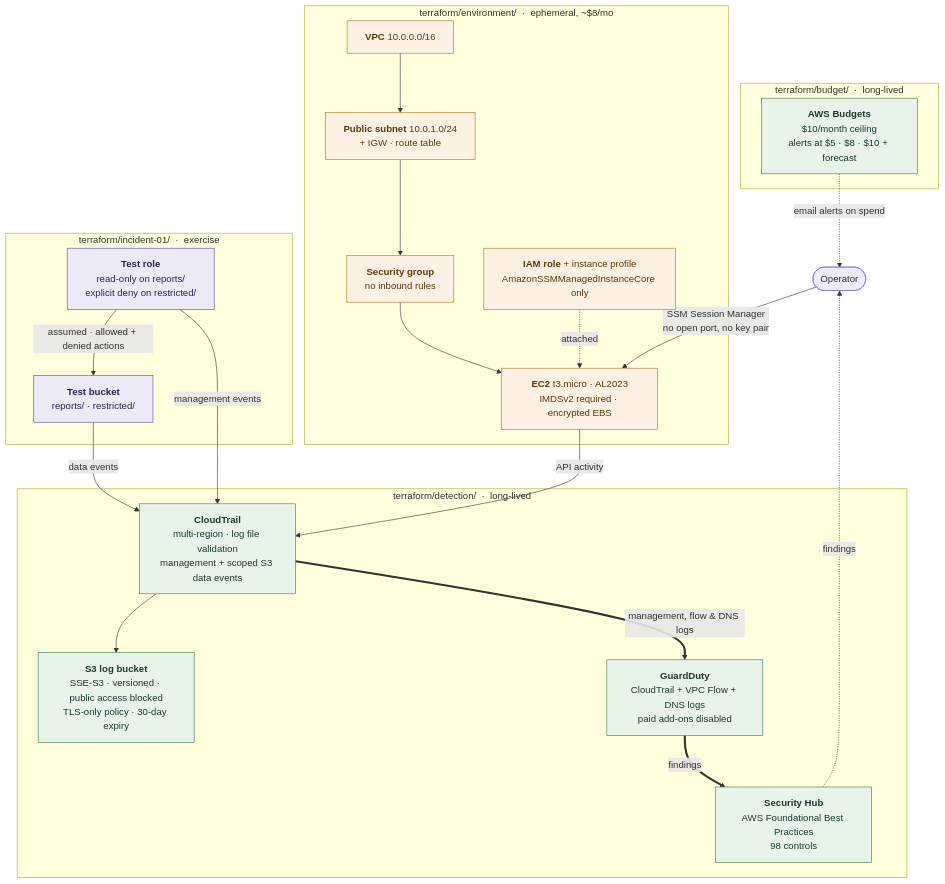
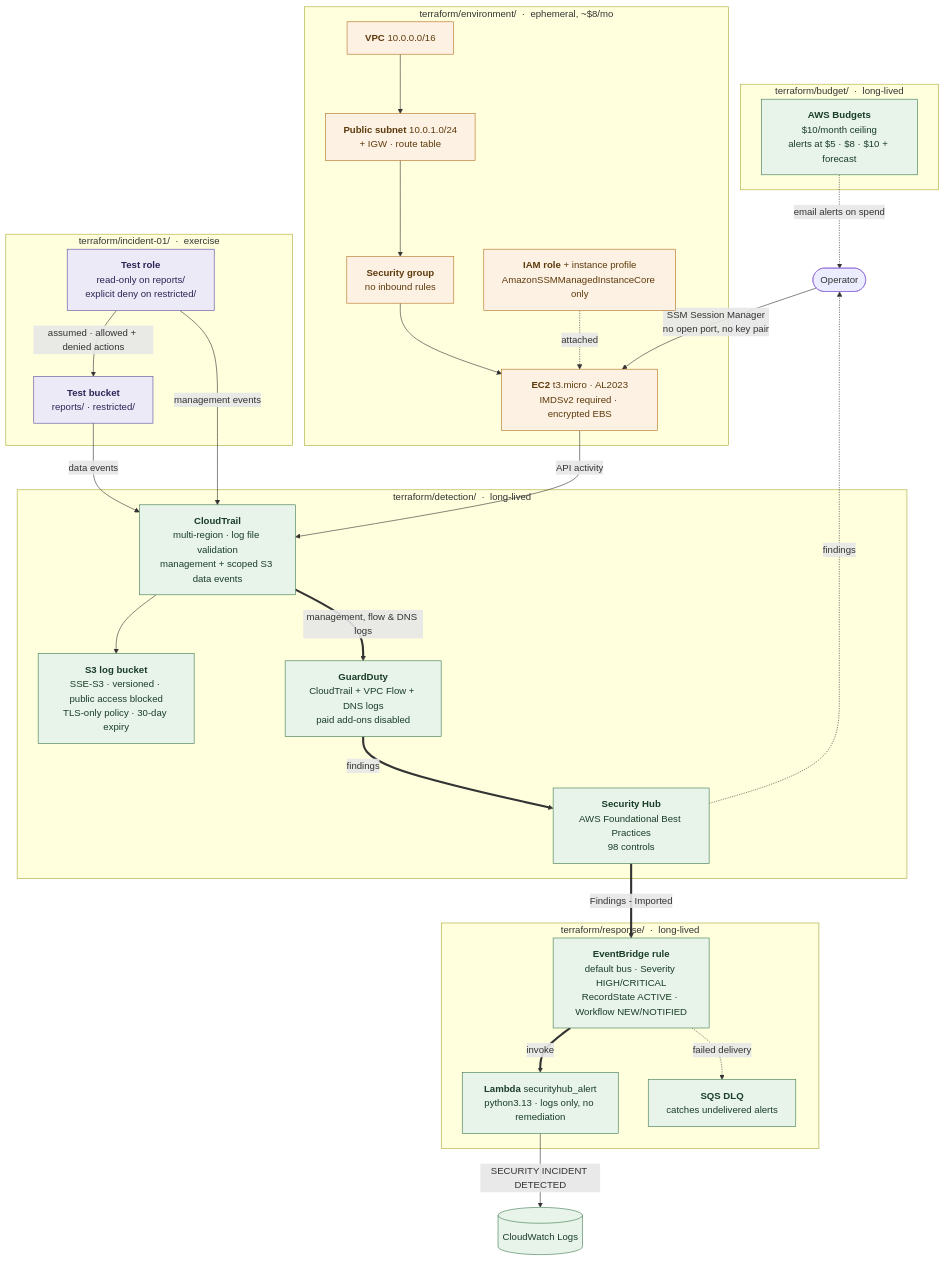
One commit to Mig1a/aws-cloud-security-lab changed the diagram in README.md. Above: the diagram before and after it, drawn with Mermaid. The commit also changed other lines of this file and 14 other files, not shown here.

````diff
--- a/README.md
+++ b/README.md
@@ -56,49 +58,59 @@
 ```mermaid
 flowchart TB
     subgraph budget["terraform/budget/ &nbsp;·&nbsp; long-lived"]
         BUD["<b>AWS Budgets</b><br/>$10/month ceiling<br/>alerts at $5 · $8 · $10 + forecast"]
     end
 
     subgraph detection["terraform/detection/ &nbsp;·&nbsp; long-lived"]
         CT["<b>CloudTrail</b><br/>multi-region · log file validation<br/>management + scoped S3 data events"]
         S3L["<b>S3 log bucket</b><br/>SSE-S3 · versioned · public access blocked<br/>TLS-only policy · 30-day expiry"]
         GD["<b>GuardDuty</b><br/>CloudTrail + VPC Flow + DNS logs<br/>paid add-ons disabled"]
         SH["<b>Security Hub</b><br/>AWS Foundational Best Practices<br/>98 controls"]
+    end
+
+    subgraph response["terraform/response/ &nbsp;·&nbsp; long-lived"]
+        EB["<b>EventBridge rule</b><br/>default bus · Severity HIGH/CRITICAL<br/>RecordState ACTIVE · Workflow NEW/NOTIFIED"]
+        LAM["<b>Lambda</b> securityhub_alert<br/>python3.13 · logs only, no remediation"]
+        DLQ["<b>SQS DLQ</b><br/>catches undelivered alerts"]
     end
 
     subgraph env["terraform/environment/ &nbsp;·&nbsp; ephemeral, ~$8/mo"]
         VPC["<b>VPC</b> 10.0.0.0/16"]
         SUB["<b>Public subnet</b> 10.0.1.0/24<br/>+ IGW · route table"]
         SG["<b>Security group</b><br/>no inbound rules"]
         EC2["<b>EC2</b> t3.micro · AL2023<br/>IMDSv2 required · encrypted EBS"]
         ROLE["<b>IAM role</b> + instance profile<br/>AmazonSSMManagedInstanceCore only"]
     end
 
     subgraph inc["terraform/incident-01/ &nbsp;·&nbsp; exercise"]
         TROLE["<b>Test role</b><br/>read-only on reports/<br/>explicit deny on restricted/"]
         TB["<b>Test bucket</b><br/>reports/ · restricted/"]
     end
 
     OP(["Operator"]) -->|"SSM Session Manager<br/>no open port, no key pair"| EC2
     VPC --> SUB --> SG --> EC2
     ROLE -.attached.-> EC2
 
     EC2 -->|API activity| CT
     TROLE -->|"assumed · allowed + denied actions"| TB
     TB -->|data events| CT
     TROLE -->|management events| CT
 
     CT --> S3L
     CT ==>|"management, flow & DNS logs"| GD
     GD ==>|findings| SH
+    SH ==>|"Findings - Imported"| EB
+    EB ==>|invoke| LAM
+    EB -.->|"failed delivery"| DLQ
+    LAM -->|"SECURITY INCIDENT DETECTED"| CWL[("CloudWatch Logs")]
 
     BUD -.->|"email alerts on spend"| OP
     SH -.->|findings| OP
 
     classDef longlived fill:#e8f4ea,stroke:#3d7a4f,color:#1a3d28
     classDef ephemeral fill:#fdf1e3,stroke:#b5711f,color:#5c3a0c
     classDef exercise fill:#eceaf7,stroke:#5b4b9e,color:#2c2456
-    class BUD,CT,S3L,GD,SH longlived
+    class BUD,CT,S3L,GD,SH,EB,LAM,DLQ,CWL longlived
     class VPC,SUB,SG,EC2,ROLE ephemeral
     class TROLE,TB exercise
 ```
````
